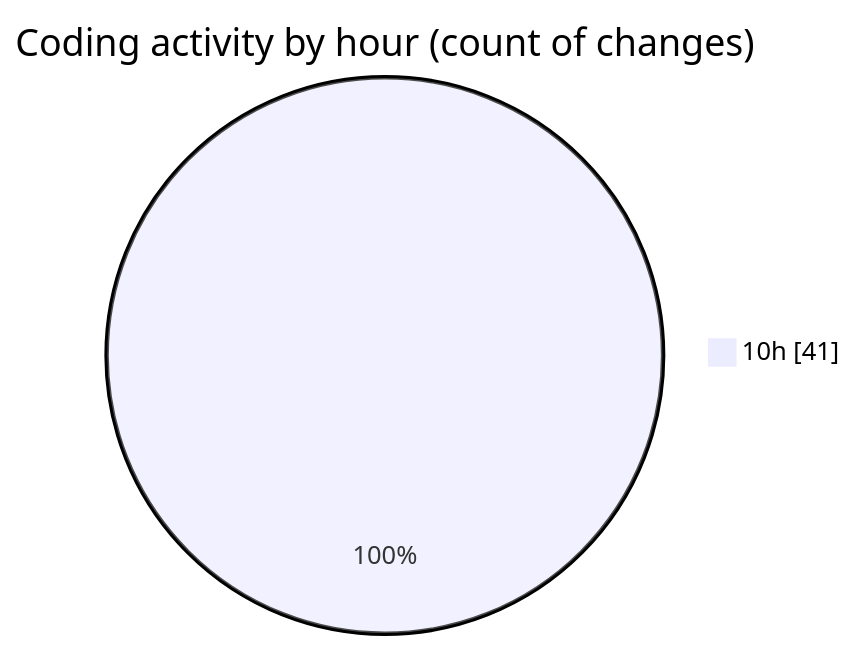
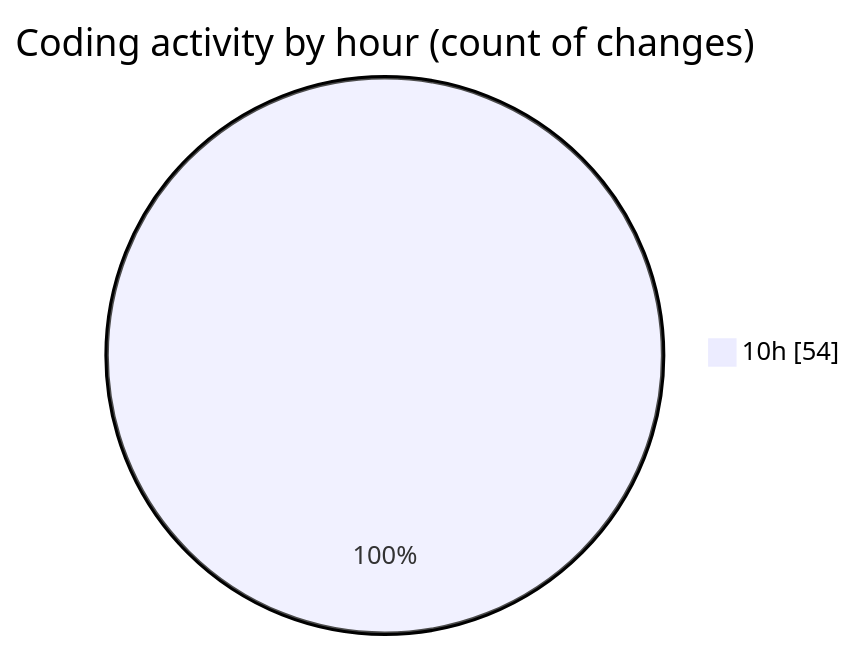
Before and after one commit to LanceThiago/code-tracking: the second of 2 diagrams in 2025-01-13/nueva_carpeta/README.md, drawn with Mermaid. The commit also changed other lines of this file and 1 other file, not shown here.

````diff
--- a/2025-01-13/nueva_carpeta/README.md
+++ b/2025-01-13/nueva_carpeta/README.md
@@ -28,5 +28,5 @@
 ```mermaid
 pie showData
 title Coding activity by hour (count of changes)
-"10h" : 41
+"10h" : 54
 ```
````
